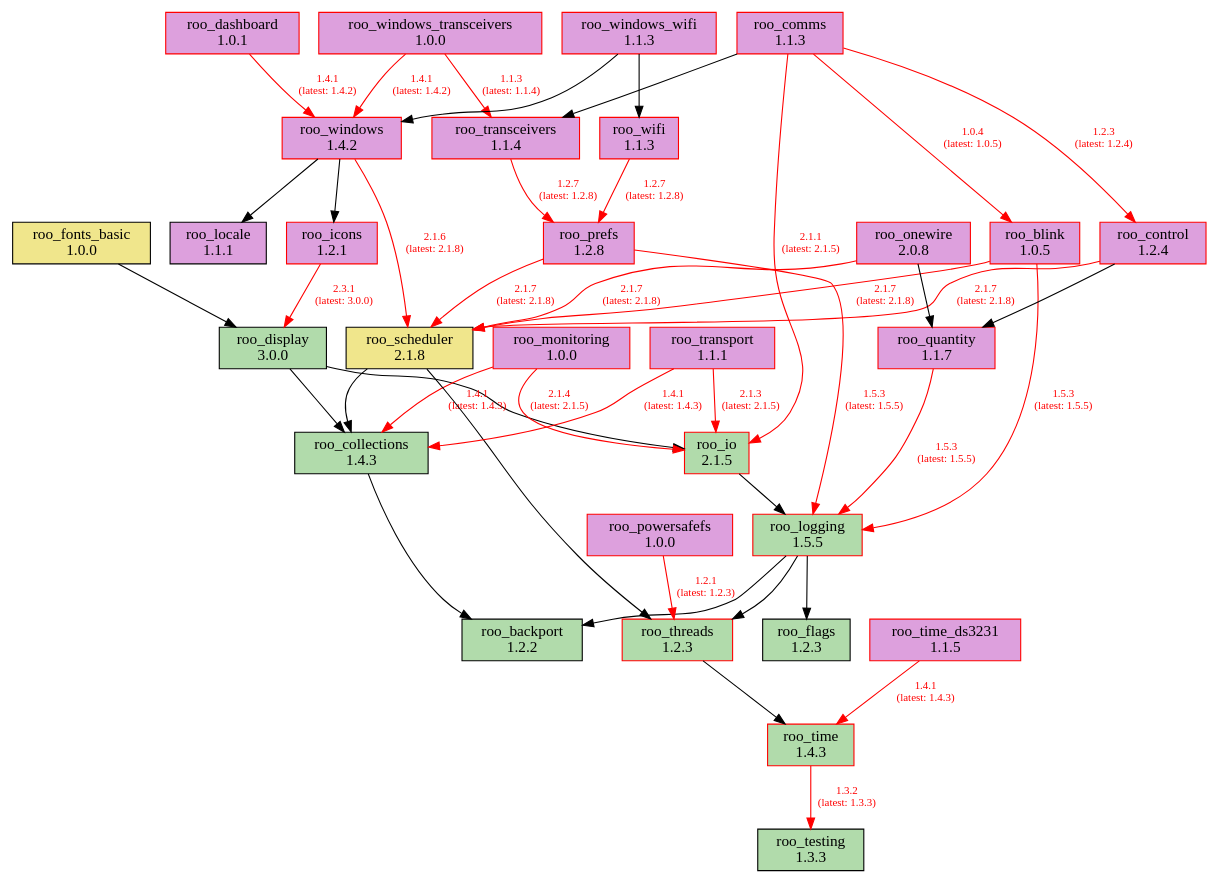
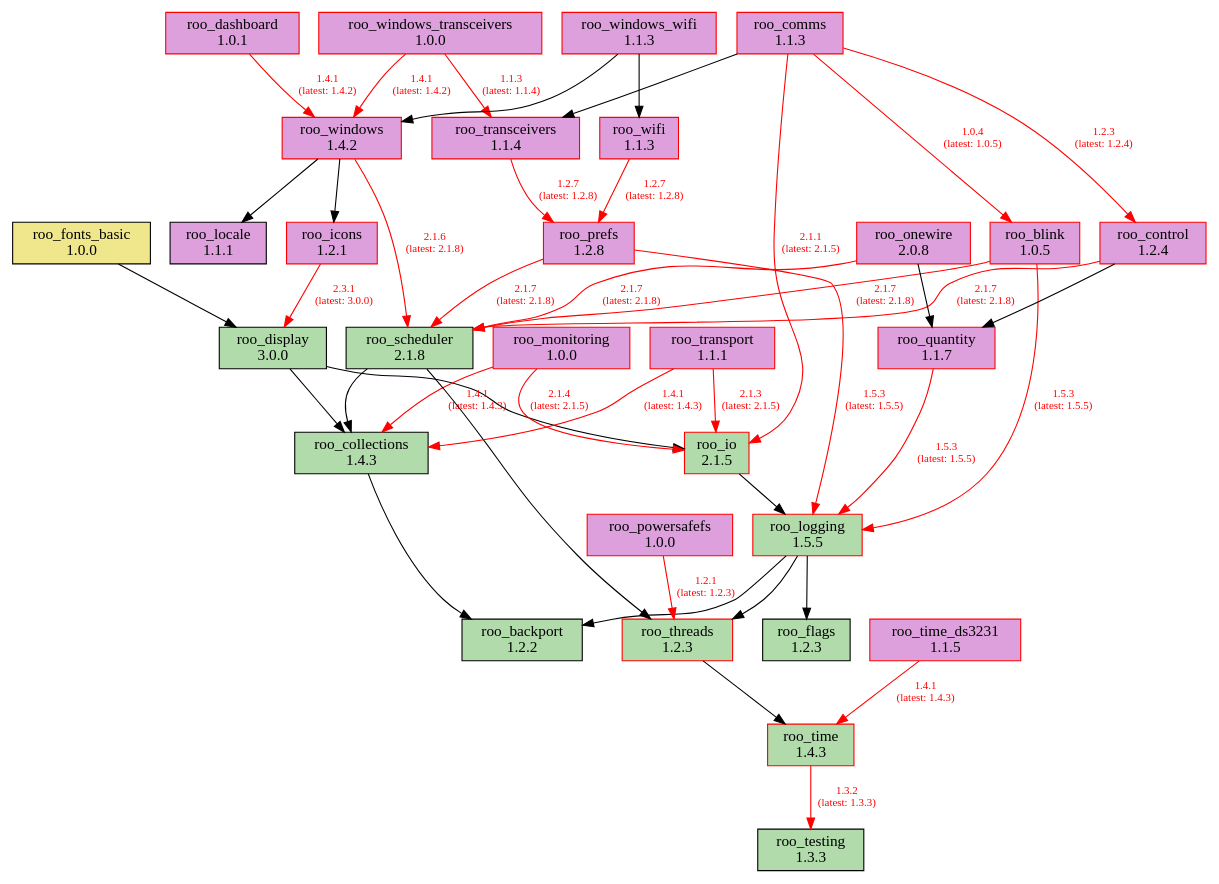
The diagram in doc/dependencies.dot (dejwk/roo-registry), drawn with Graphviz before and after one commit. The commit also changed 3 other files, not shown here.

```diff
--- a/doc/dependencies.dot
+++ b/doc/dependencies.dot
@@ -1,80 +1,80 @@
 digraph dependencies {
     rankdir=TB;
     node [shape=box, style=filled];
     edge [fontsize=10];
 
     // Modules
     "roo_backport" [label="roo_backport\n1.2.2", fillcolor="#b1dbab", color="black"];
     "roo_blink" [label="roo_blink\n1.0.5", fillcolor="plum", color="red"];
     "roo_collections" [label="roo_collections\n1.4.3", fillcolor="#b1dbab", color="black"];
     "roo_comms" [label="roo_comms\n1.1.3", fillcolor="plum", color="red"];
     "roo_control" [label="roo_control\n1.2.4", fillcolor="plum", color="red"];
     "roo_dashboard" [label="roo_dashboard\n1.0.1", fillcolor="plum", color="red"];
     "roo_display" [label="roo_display\n3.0.0", fillcolor="#b1dbab", color="black"];
     "roo_flags" [label="roo_flags\n1.2.3", fillcolor="#b1dbab", color="black"];
     "roo_fonts_basic" [label="roo_fonts_basic\n1.0.0", fillcolor="khaki", color="black"];
     "roo_icons" [label="roo_icons\n1.2.1", fillcolor="plum", color="red"];
     "roo_io" [label="roo_io\n2.1.5", fillcolor="#b1dbab", color="red"];
     "roo_locale" [label="roo_locale\n1.1.1", fillcolor="plum", color="black"];
     "roo_logging" [label="roo_logging\n1.5.5", fillcolor="#b1dbab", color="red"];
     "roo_monitoring" [label="roo_monitoring\n1.0.0", fillcolor="plum", color="red"];
     "roo_onewire" [label="roo_onewire\n2.0.8", fillcolor="plum", color="red"];
     "roo_powersafefs" [label="roo_powersafefs\n1.0.0", fillcolor="plum", color="red"];
     "roo_prefs" [label="roo_prefs\n1.2.8", fillcolor="plum", color="red"];
     "roo_quantity" [label="roo_quantity\n1.1.7", fillcolor="plum", color="red"];
-    "roo_scheduler" [label="roo_scheduler\n2.1.8", fillcolor="khaki", color="black"];
+    "roo_scheduler" [label="roo_scheduler\n2.1.8", fillcolor="#b1dbab", color="black"];
     "roo_testing" [label="roo_testing\n1.3.3", fillcolor="#b1dbab", color="black"];
     "roo_threads" [label="roo_threads\n1.2.3", fillcolor="#b1dbab", color="red"];
     "roo_time" [label="roo_time\n1.4.3", fillcolor="#b1dbab", color="red"];
     "roo_time_ds3231" [label="roo_time_ds3231\n1.1.5", fillcolor="plum", color="red"];
     "roo_transceivers" [label="roo_transceivers\n1.1.4", fillcolor="plum", color="red"];
     "roo_transport" [label="roo_transport\n1.1.1", fillcolor="plum", color="red"];
     "roo_wifi" [label="roo_wifi\n1.1.3", fillcolor="plum", color="red"];
     "roo_windows" [label="roo_windows\n1.4.2", fillcolor="plum", color="red"];
     "roo_windows_transceivers" [label="roo_windows_transceivers\n1.0.0", fillcolor="plum", color="red"];
     "roo_windows_wifi" [label="roo_windows_wifi\n1.1.3", fillcolor="plum", color="red"];
 
     // Dependencies
     "roo_blink" -> "roo_logging" [color=red, fontcolor=red, label="1.5.3\n(latest: 1.5.5)"];
     "roo_blink" -> "roo_scheduler" [color=red, fontcolor=red, label="2.1.7\n(latest: 2.1.8)"];
     "roo_collections" -> "roo_backport";
     "roo_comms" -> "roo_blink" [color=red, fontcolor=red, label="1.0.4\n(latest: 1.0.5)"];
     "roo_comms" -> "roo_control" [color=red, fontcolor=red, label="1.2.3\n(latest: 1.2.4)"];
     "roo_comms" -> "roo_io" [color=red, fontcolor=red, label="2.1.1\n(latest: 2.1.5)"];
     "roo_comms" -> "roo_transceivers";
     "roo_control" -> "roo_quantity";
     "roo_control" -> "roo_scheduler" [color=red, fontcolor=red, label="2.1.7\n(latest: 2.1.8)"];
     "roo_dashboard" -> "roo_windows" [color=red, fontcolor=red, label="1.4.1\n(latest: 1.4.2)"];
     "roo_display" -> "roo_collections";
     "roo_display" -> "roo_io";
     "roo_fonts_basic" -> "roo_display";
     "roo_icons" -> "roo_display" [color=red, fontcolor=red, label="2.3.1\n(latest: 3.0.0)"];
     "roo_io" -> "roo_logging";
     "roo_logging" -> "roo_backport";
     "roo_logging" -> "roo_flags";
     "roo_logging" -> "roo_threads";
     "roo_monitoring" -> "roo_collections" [color=red, fontcolor=red, label="1.4.1\n(latest: 1.4.3)"];
     "roo_monitoring" -> "roo_io" [color=red, fontcolor=red, label="2.1.4\n(latest: 2.1.5)"];
     "roo_onewire" -> "roo_scheduler" [color=red, fontcolor=red, label="2.1.7\n(latest: 2.1.8)"];
     "roo_onewire" -> "roo_quantity";
     "roo_powersafefs" -> "roo_threads" [color=red, fontcolor=red, label="1.2.1\n(latest: 1.2.3)"];
     "roo_prefs" -> "roo_logging" [color=red, fontcolor=red, label="1.5.3\n(latest: 1.5.5)"];
     "roo_prefs" -> "roo_scheduler" [color=red, fontcolor=red, label="2.1.7\n(latest: 2.1.8)"];
     "roo_quantity" -> "roo_logging" [color=red, fontcolor=red, label="1.5.3\n(latest: 1.5.5)"];
     "roo_scheduler" -> "roo_collections";
     "roo_scheduler" -> "roo_threads";
     "roo_threads" -> "roo_time";
     "roo_time" -> "roo_testing" [color=red, fontcolor=red, label="1.3.2\n(latest: 1.3.3)"];
     "roo_time_ds3231" -> "roo_time" [color=red, fontcolor=red, label="1.4.1\n(latest: 1.4.3)"];
     "roo_transceivers" -> "roo_prefs" [color=red, fontcolor=red, label="1.2.7\n(latest: 1.2.8)"];
     "roo_transport" -> "roo_collections" [color=red, fontcolor=red, label="1.4.1\n(latest: 1.4.3)"];
     "roo_transport" -> "roo_io" [color=red, fontcolor=red, label="2.1.3\n(latest: 2.1.5)"];
     "roo_wifi" -> "roo_prefs" [color=red, fontcolor=red, label="1.2.7\n(latest: 1.2.8)"];
     "roo_windows" -> "roo_locale";
     "roo_windows" -> "roo_icons";
     "roo_windows" -> "roo_scheduler" [color=red, fontcolor=red, label="2.1.6\n(latest: 2.1.8)"];
     "roo_windows_transceivers" -> "roo_transceivers" [color=red, fontcolor=red, label="1.1.3\n(latest: 1.1.4)"];
     "roo_windows_transceivers" -> "roo_windows" [color=red, fontcolor=red, label="1.4.1\n(latest: 1.4.2)"];
     "roo_windows_wifi" -> "roo_wifi";
     "roo_windows_wifi" -> "roo_windows";
 }
```
